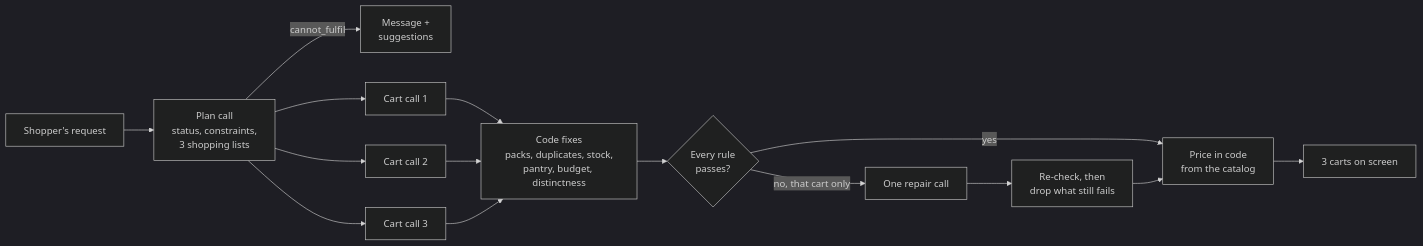
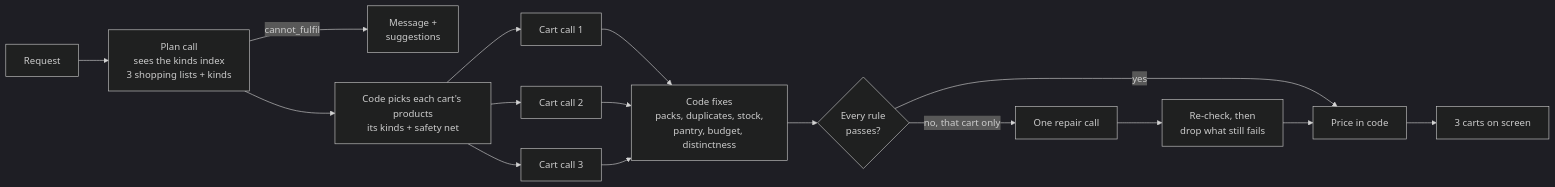
One commit to iyerbrah/Jhola changed the second of 3 diagrams in README.md. Above: the diagram before and after it, drawn with Mermaid (dark theme). The commit also changed other lines of this file and 6 other files, not shown here.

````diff
--- a/README.md
+++ b/README.md
@@ -42,14 +66,13 @@
 ```mermaid
 flowchart LR
-  Q[Shopper's request] --> P[Plan call<br/>status, constraints,<br/>3 shopping lists]
+  Q[Request] --> P[Plan call<br/>sees the kinds index<br/>3 shopping lists + kinds]
   P -->|cannot_fulfil| X[Message +<br/>suggestions]
-  P --> C1[Cart call 1]
-  P --> C2[Cart call 2]
-  P --> C3[Cart call 3]
+  P --> K[Code picks each cart's products<br/>its kinds + safety net]
+  K --> C1[Cart call 1] & C2[Cart call 2] & C3[Cart call 3]
   C1 & C2 & C3 --> F[Code fixes<br/>packs, duplicates, stock,<br/>pantry, budget, distinctness]
   F --> V{Every rule<br/>passes?}
   V -->|no, that cart only| R[One repair call] --> V2[Re-check, then<br/>drop what still fails]
-  V -->|yes| PR[Price in code<br/>from the catalog]
+  V -->|yes| PR[Price in code]
   V2 --> PR
   PR --> UI[3 carts on screen]
 ```
````
